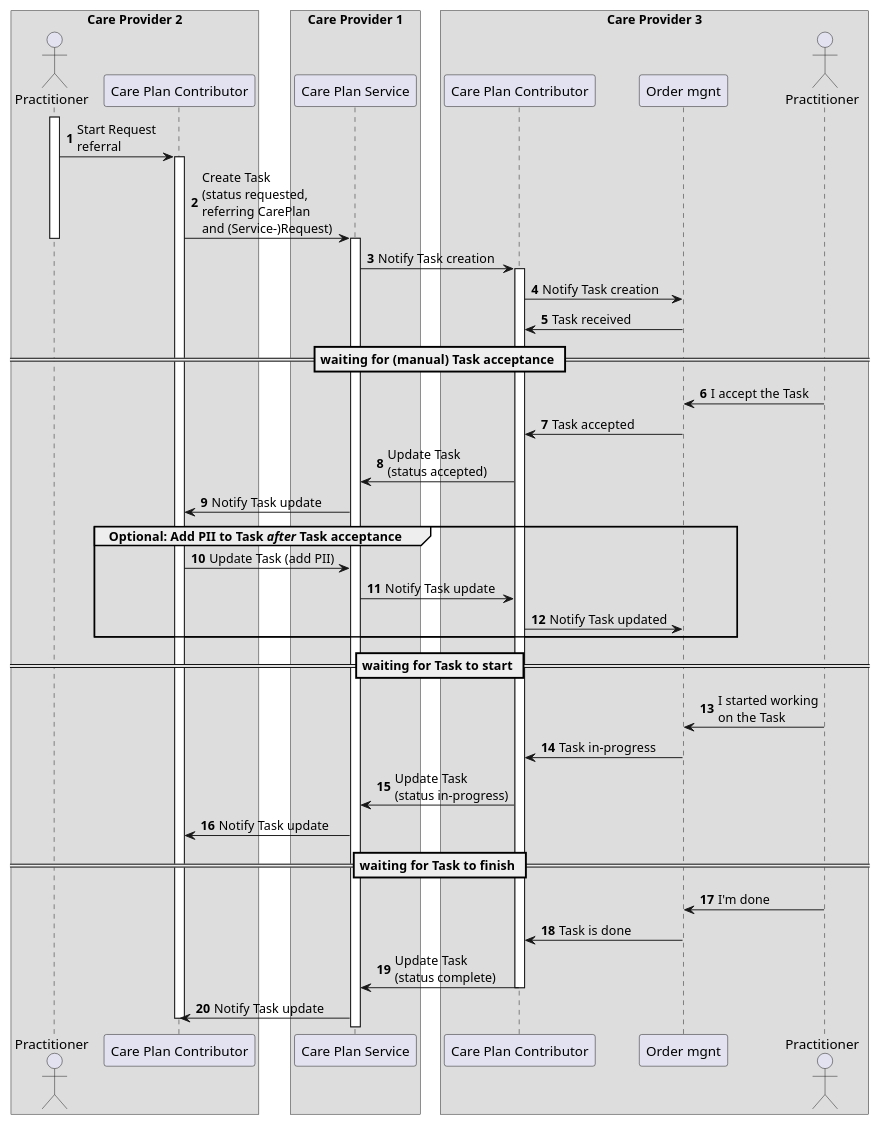
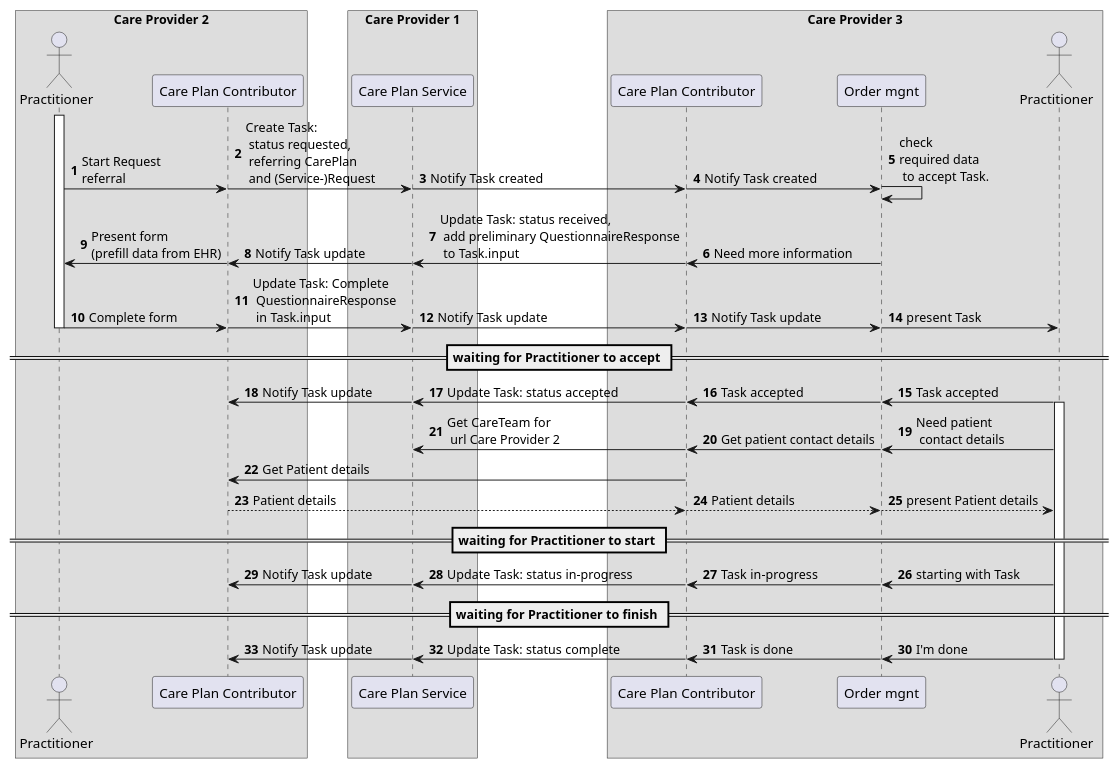
One commit to SanteonNL/shared-care-planning changed the diagram in input/images-source/task-negotiation-overview-1-2-3.plantuml. Above: the diagram before and after it, drawn with PlantUML. The commit also changed 22 other files, not shown here.

```diff
--- a/input/images-source/task-negotiation-overview-1-2-3.plantuml
+++ b/input/images-source/task-negotiation-overview-1-2-3.plantuml
@@ -1,54 +1,72 @@
 @startuml task-negotiation-overview-1-2-3
 
 autonumber
+!pragma teoz true
 
 box Care Provider 2
     actor "Practitioner" as Practitioner1
     participant "Care Plan Contributor" as CPC1
 end box
 box Care Provider 1
     participant "Care Plan Service" as CPS
 end box
 
 box Care Provider 3
     participant "Care Plan Contributor" as CPC2
     participant "Order mgnt" as EHR2
     actor "Practitioner" as Practitioner2
 end box
 
 
 
 activate Practitioner1
 Practitioner1 -> CPC1 : Start Request\nreferral
-activate CPC1
-CPC1 -> CPS : Create Task\n(status requested,\nreferring CarePlan\nand (Service-)Request)
+& CPC1 -> CPS : Create Task:\n status requested,\n referring CarePlan\n and (Service-)Request
+& CPS -> CPC2  : Notify Task created
+& CPC2 -> EHR2  : Notify Task created
+& EHR2 -> EHR2 : check\nrequired data\n to accept Task.
+
+EHR2 -> CPC2 : Need more information
+& CPC2 -> CPS  : Update Task: status received,\n add preliminary QuestionnaireResponse\n to Task.input
+& CPS -> CPC1 : Notify Task update
+& CPC1 -> Practitioner1 : Present form\n(prefill data from EHR)
+
+Practitioner1 -> CPC1 : Complete form
+& CPC1 -> CPS : Update Task: Complete\n QuestionnaireResponse\n in Task.input
+& CPS -> CPC2 : Notify Task update
+& CPC2 -> EHR2 : Notify Task update
+
+
+& EHR2 -> Practitioner2 : present Task
+
 deactivate Practitioner1
-activate CPS
-CPS -> CPC2 : Notify Task creation
-activate CPC2
-CPC2 -> EHR2 : Notify Task creation
-EHR2 -> CPC2 : Task received
-== waiting for (manual) Task acceptance ==
-Practitioner2 -> EHR2 : I accept the Task
-EHR2 -> CPC2 : Task accepted
-CPC2 -> CPS : Update Task\n(status accepted)
-CPS -> CPC1 : Notify Task update
-group Optional: Add PII to Task //after// Task acceptance
-CPC1 -> CPS : Update Task (add PII)
-CPS -> CPC2 : Notify Task update
-CPC2 -> EHR2 : Notify Task updated
-end group
-== waiting for Task to start ==
-Practitioner2 -> EHR2 : I started working\non the Task
-EHR2 -> CPC2 : Task in-progress
-CPC2 -> CPS : Update Task\n(status in-progress)
-CPS -> CPC1 : Notify Task update
-== waiting for Task to finish ==
+
+== waiting for Practitioner to accept ==
+Practitioner2 -> EHR2 : Task accepted
+activate Practitioner2
+& EHR2 -> CPC2 : Task accepted
+& CPC2 -> CPS : Update Task: status accepted
+& CPS -> CPC1 : Notify Task update
+
+Practitioner2 -> EHR2 : Need patient\n contact details
+
+& EHR2 -> CPC2 : Get patient contact details
+& CPC2 -> CPS : Get CareTeam for\n url Care Provider 2
+CPC2 -> CPC1 : Get Patient details
+CPC1 --> CPC2 : Patient details
+
+& CPC2 --> EHR2 : Patient details
+
+& EHR2 --> Practitioner2 : present Patient details
+== waiting for Practitioner to start ==
+Practitioner2 -> EHR2 : starting with Task
+& EHR2 -> CPC2 : Task in-progress
+& CPC2 -> CPS : Update Task: status in-progress
+& CPS -> CPC1 : Notify Task update
+== waiting for Practitioner to finish ==
 Practitioner2 -> EHR2 : I'm done
-EHR2 -> CPC2 : Task is done
-CPC2 -> CPS : Update Task\n(status complete)
-deactivate CPC2
-CPS -> CPC1 : Notify Task update
-deactivate CPC1
-deactivate CPC1
+& EHR2 -> CPC2 : Task is done
+& CPC2 -> CPS : Update Task: status complete
+& CPS -> CPC1 : Notify Task update
+deactivate Practitioner2
 @enduml
```
